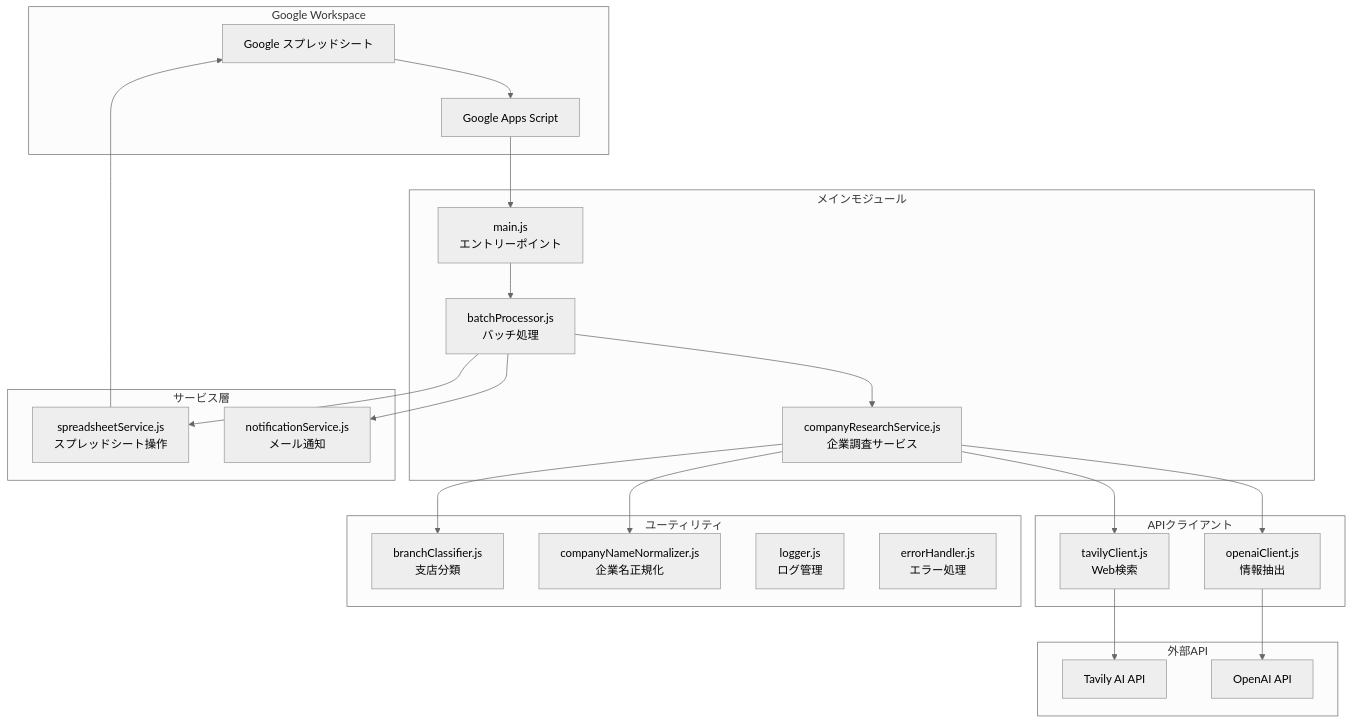
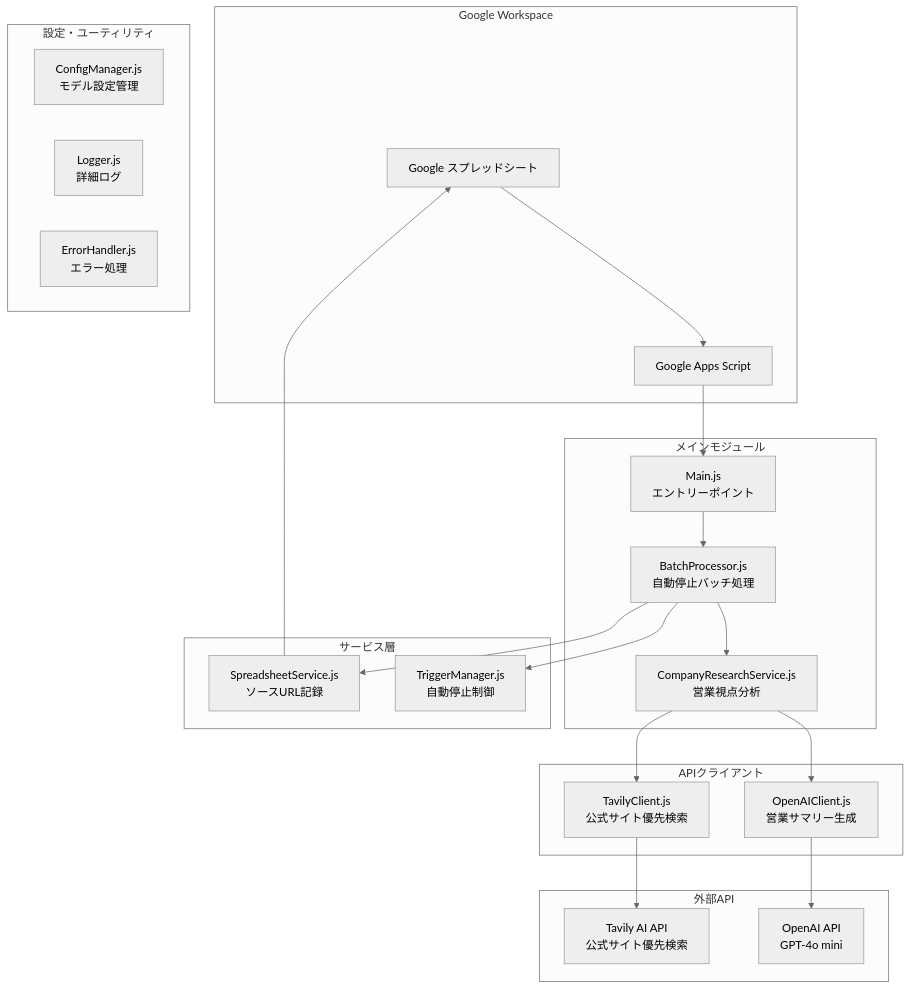
Before and after one commit to nyuki0821/corporate-research: the second of 3 diagrams in README.md, drawn with Mermaid (neutral theme). The commit also changed other lines of this file, not shown here.

````diff
--- a/README.md
+++ b/README.md
@@ -315,49 +257,46 @@
 ```mermaid
 graph TB
     subgraph "Google Workspace"
         SS[Google スプレッドシート]
         GAS[Google Apps Script]
     end
     
     subgraph "外部API"
-        TAVILY[Tavily AI API]
-        OPENAI[OpenAI API]
+        TAVILY[Tavily AI API<br/>公式サイト優先検索]
+        OPENAI[OpenAI API<br/>GPT-4o mini]
     end
     
     subgraph "メインモジュール"
-        MAIN[main.js<br/>エントリーポイント]
-        BATCH[batchProcessor.js<br/>バッチ処理]
-        RESEARCH[companyResearchService.js<br/>企業調査サービス]
+        MAIN[Main.js<br/>エントリーポイント]
+        BATCH[BatchProcessor.js<br/>自動停止バッチ処理]
+        RESEARCH[CompanyResearchService.js<br/>営業視点分析]
     end
     
     subgraph "APIクライアント"
-        TAVILY_CLIENT[tavilyClient.js<br/>Web検索]
-        OPENAI_CLIENT[openaiClient.js<br/>情報抽出]
+        TAVILY_CLIENT[TavilyClient.js<br/>公式サイト優先検索]
+        OPENAI_CLIENT[OpenAIClient.js<br/>営業サマリー生成]
     end
     
     subgraph "サービス層"
-        SPREAD[spreadsheetService.js<br/>スプレッドシート操作]
-        NOTIFY[notificationService.js<br/>メール通知]
+        SPREAD[SpreadsheetService.js<br/>ソースURL記録]
+        TRIGGER[TriggerManager.js<br/>自動停止制御]
     end
     
-    subgraph "ユーティリティ"
-        BRANCH[branchClassifier.js<br/>支店分類]
-        NORMALIZER[companyNameNormalizer.js<br/>企業名正規化]
-        LOGGER[logger.js<br/>ログ管理]
-        ERROR[errorHandler.js<br/>エラー処理]
+    subgraph "設定・ユーティリティ"
+        CONFIG[ConfigManager.js<br/>モデル設定管理]
+        LOGGER[Logger.js<br/>詳細ログ]
+        ERROR[ErrorHandler.js<br/>エラー処理]
     end
     
     SS --> GAS
     GAS --> MAIN
     MAIN --> BATCH
     BATCH --> RESEARCH
     RESEARCH --> TAVILY_CLIENT
     RESEARCH --> OPENAI_CLIENT
-    RESEARCH --> BRANCH
-    RESEARCH --> NORMALIZER
     TAVILY_CLIENT --> TAVILY
     OPENAI_CLIENT --> OPENAI
     BATCH --> SPREAD
-    BATCH --> NOTIFY
+    BATCH --> TRIGGER
     SPREAD --> SS
 ```
````
